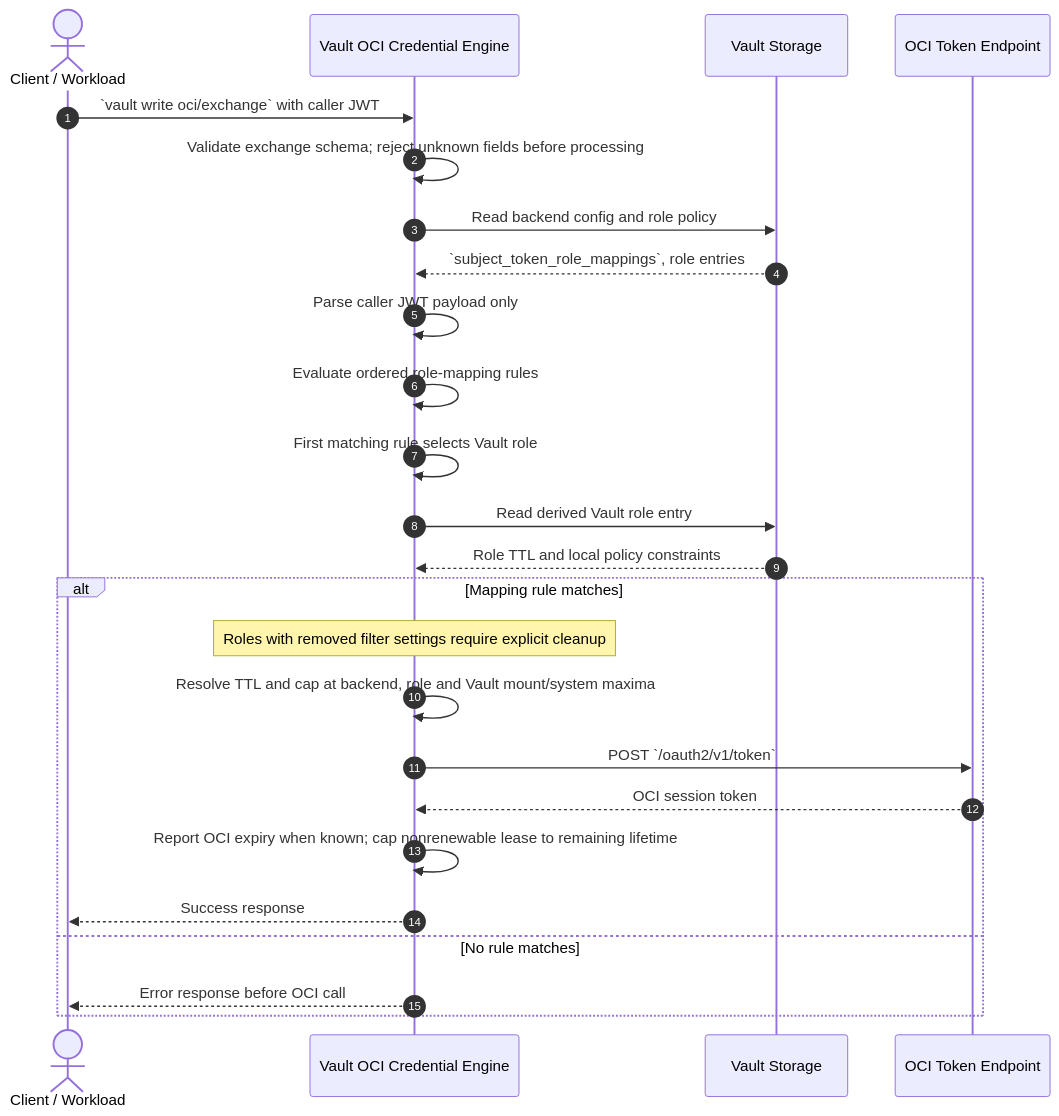
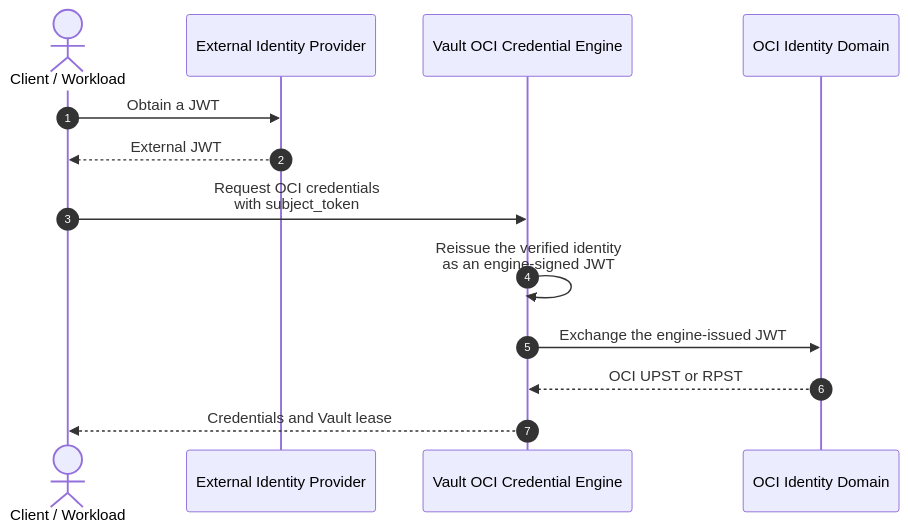
Before and after one commit to gtrevorrow/Hashicorp-OCI-credential-engine: the second of 3 diagrams in README.md, drawn with Mermaid. The commit also changed other lines of this file and 4 other files, not shown here.

Commit message:
docs(diagrams): present client exchange modes

````diff
--- a/README.md
+++ b/README.md
@@ -55,29 +43,16 @@
 ```mermaid
 sequenceDiagram
     autonumber
     actor C as Client / Workload
+    participant I as External Identity Provider
     participant V as Vault OCI Credential Engine
-    participant S as Vault Storage
-    participant O as OCI Token Endpoint
+    participant O as OCI Identity Domain
 
-    C->>V: `vault write oci/exchange` with caller JWT
-    V->>V: Validate exchange schema#59; reject unknown fields before processing
-    V->>S: Read backend config and role policy
-    S-->>V: `subject_token_role_mappings`, role entries
-    V->>V: Parse caller JWT payload only
-    V->>V: Evaluate ordered role-mapping rules
-    V->>V: First matching rule selects Vault role
-    V->>S: Read derived Vault role entry
-    S-->>V: Role TTL and local policy constraints
-
-    alt Mapping rule matches
-        Note over V: Roles with removed filter settings require explicit cleanup
-        V->>V: Resolve TTL and cap at backend, role and Vault mount/system maxima
-        V->>O: POST `/oauth2/v1/token`
-        O-->>V: OCI session token
-        V->>V: Report OCI expiry when known#59; cap nonrenewable lease to remaining lifetime
-        V-->>C: Success response
-    else No rule matches
-        V-->>C: Error response before OCI call
-    end
+    C->>I: Obtain a JWT
+    I-->>C: External JWT
+    C->>V: Request OCI credentials<br/>with subject_token
+    V->>V: Reissue the verified identity<br/>as an engine-signed JWT
+    V->>O: Exchange the engine-issued JWT
+    O-->>V: OCI UPST or RPST
+    V-->>C: Credentials and Vault lease
 ```
````
